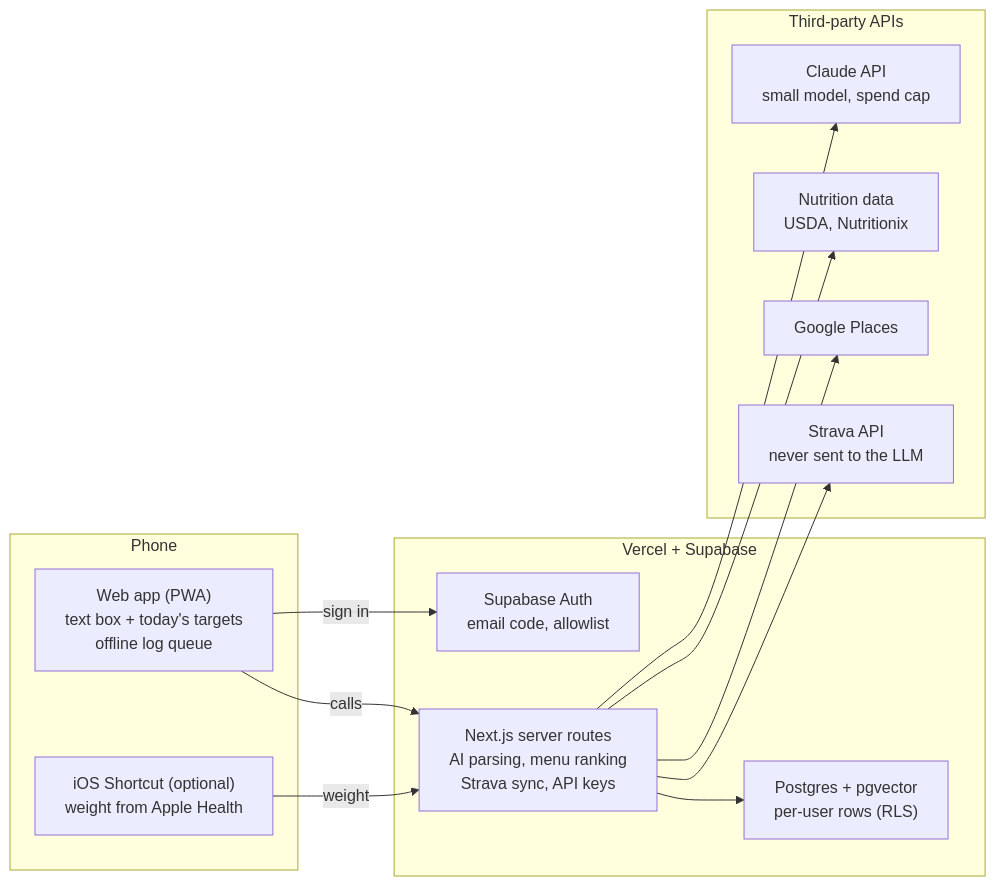
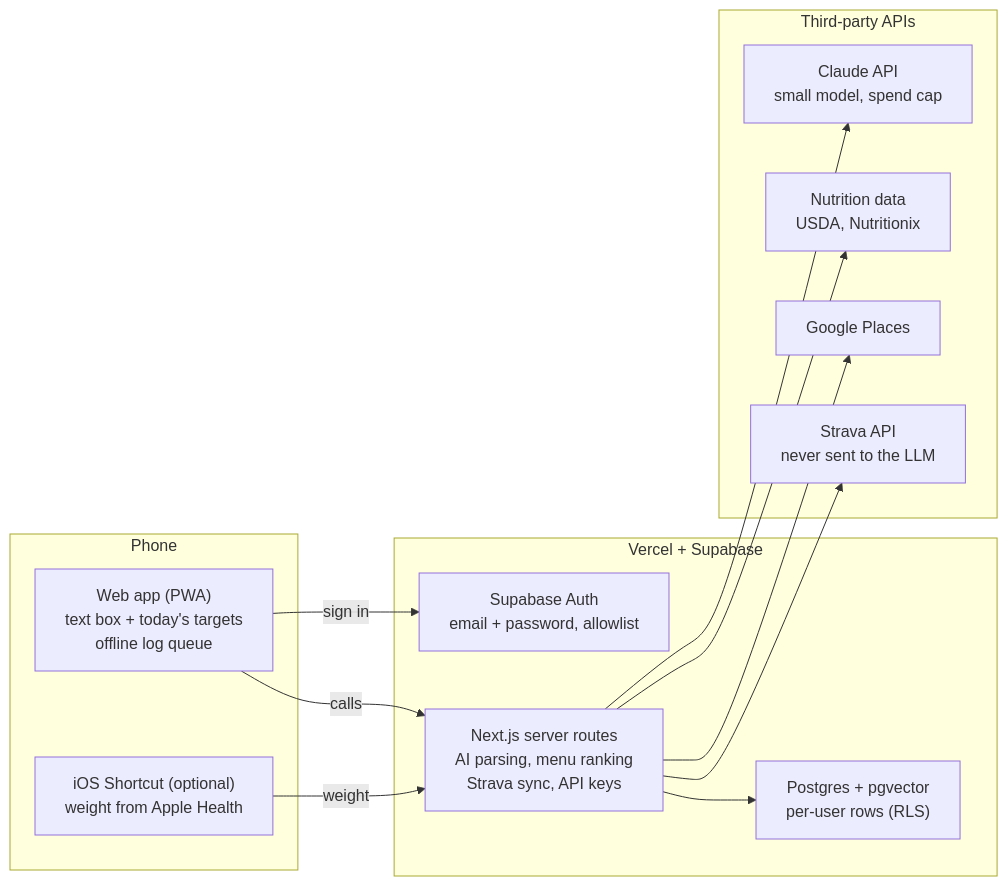
One commit to clairelcasey/forkcast changed the diagram in docs/spec.md. Above: the diagram before and after it, drawn with Mermaid. The commit also changed other lines of this file and 7 other files, not shown here.

First line of the commit message:
Switch sign-in to email + password

````diff
--- a/docs/spec.md
+++ b/docs/spec.md
@@ -101,26 +101,26 @@
 ```mermaid
 flowchart LR
   subgraph Phone
     PWA["Web app (PWA)<br/>text box + today's targets<br/>offline log queue"]
     SC["iOS Shortcut (optional)<br/>weight from Apple Health"]
   end
   subgraph Backend["Vercel + Supabase"]
-    AUTH["Supabase Auth<br/>email code, allowlist"]
+    AUTH["Supabase Auth<br/>email + password, allowlist"]
     ROUTES["Next.js server routes<br/>AI parsing, menu ranking<br/>Strava sync, API keys"]
     DB["Postgres + pgvector<br/>per-user rows (RLS)"]
   end
   subgraph External["Third-party APIs"]
     CLAUDE["Claude API<br/>small model, spend cap"]
     NUT["Nutrition data<br/>USDA, Nutritionix"]
     PLACES["Google Places"]
     STRAVA["Strava API<br/>never sent to the LLM"]
   end
   SC -- weight --> ROUTES
   PWA -- sign in --> AUTH
   PWA -- calls --> ROUTES
   ROUTES --> DB
   ROUTES --> CLAUDE
   ROUTES --> NUT
   ROUTES --> PLACES
   ROUTES --> STRAVA
 ```
````
